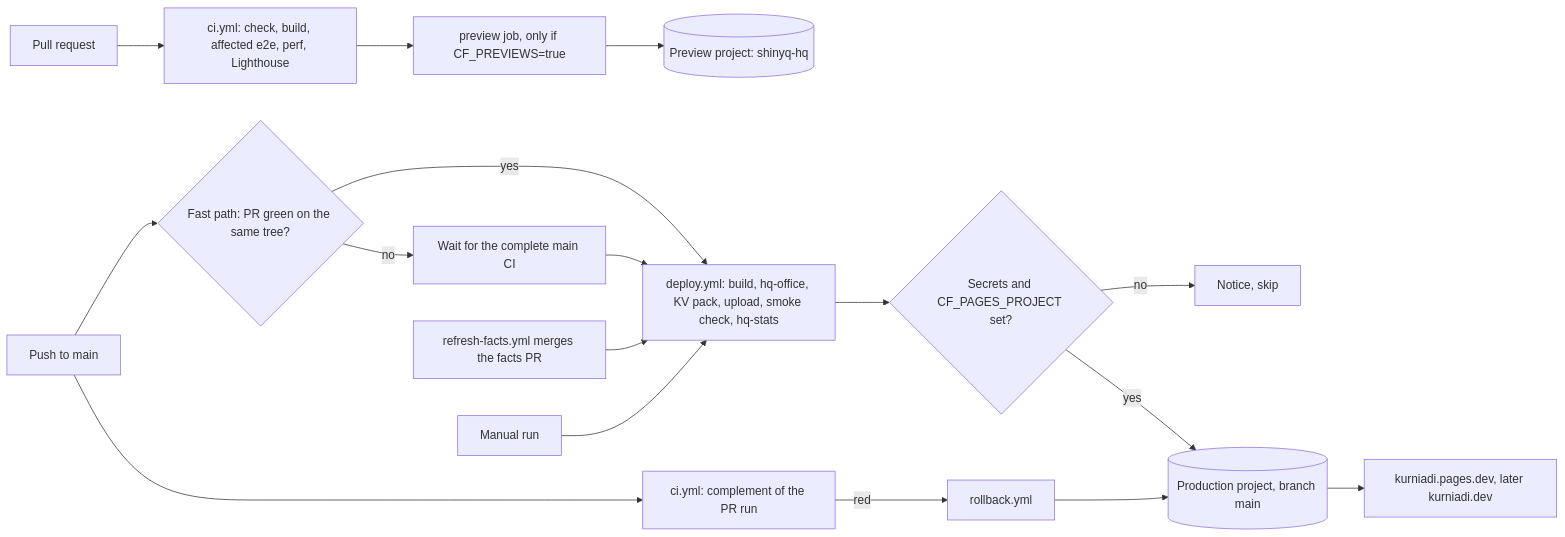
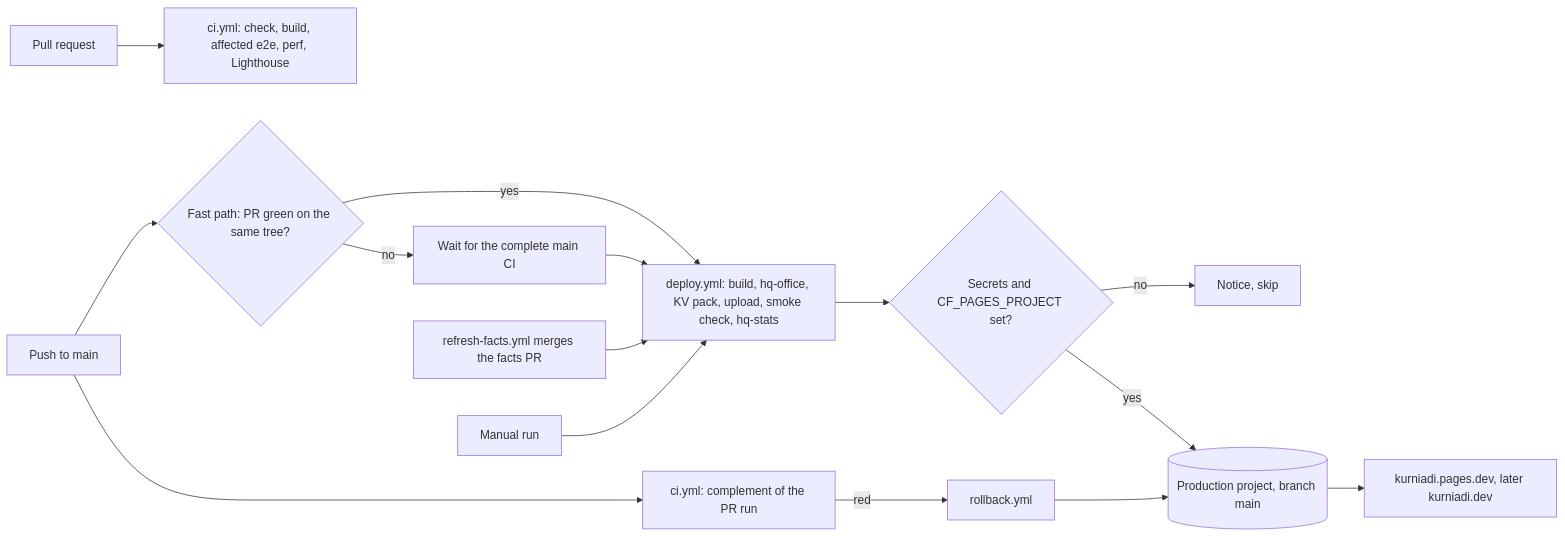
The diagram in docs/deploy.md (ShinyQ/ShinyQ-HQ), drawn with Mermaid before and after one commit. The commit also changed other lines of this file and 8 other files, not shown here.

````diff
--- a/docs/deploy.md
+++ b/docs/deploy.md
@@ -69,18 +68,16 @@
 ```mermaid
 flowchart LR
   PR[Pull request] --> CI[ci.yml: check, build, affected e2e, perf, Lighthouse]
-  CI --> PV[preview job, only if CF_PREVIEWS=true]
-  PV --> PP[(Preview project: shinyq-hq)]
   M[Push to main] --> CI2[ci.yml: complement of the PR run]
   M --> F{Fast path: PR green on the same tree?}
   F -- yes --> D[deploy.yml: build, hq-office, KV pack, upload, smoke check, hq-stats]
   F -- no --> C[Wait for the complete main CI] --> D
   CI2 -- red --> R[rollback.yml]
   W[refresh-facts.yml merges the facts PR] --> D
   H[Manual run] --> D
   D --> G{Secrets and CF_PAGES_PROJECT set?}
   G -- no --> S[Notice, skip]
   G -- yes --> P[(Production project, branch main)]
   R --> P
   P --> U[kurniadi.pages.dev, later kurniadi.dev]
 ```
````
